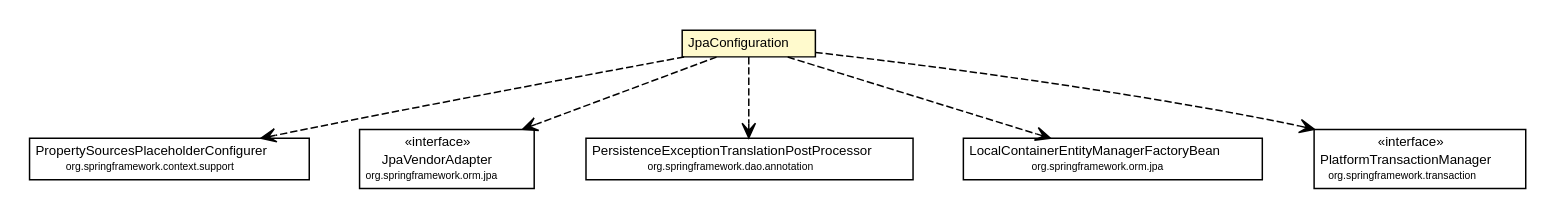
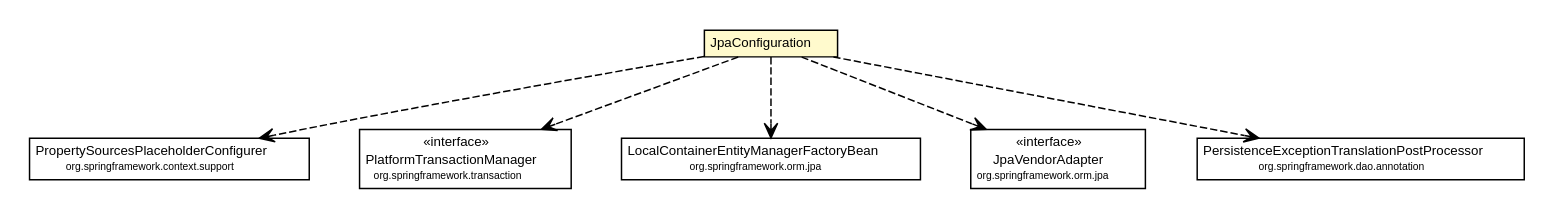
The diagram in docs/javadoc/apidocs/net/ljcomputing/sr/config/JpaConfiguration.dot (willmorejg/net.ljcomputing.status-reporter), drawn with Graphviz before and after one commit. The commit also changed 207 other files, not shown here.

```diff
--- a/docs/javadoc/apidocs/net/ljcomputing/sr/config/JpaConfiguration.dot
+++ b/docs/javadoc/apidocs/net/ljcomputing/sr/config/JpaConfiguration.dot
@@ -1,65 +1,65 @@
 #!/usr/local/bin/dot
 #
 # Class diagram 
 # Generated by UMLGraph version R5_6-24-gf6e263 (http://www.umlgraph.org/)
 #
 
 digraph G {
 	edge [fontname="Helvetica",fontsize=10,labelfontname="Helvetica",labelfontsize=10];
 	node [fontname="Helvetica",fontsize=10,shape=plaintext];
 	nodesep=0.25;
 	ranksep=0.5;
 	// net.ljcomputing.sr.config.JpaConfiguration
 	c2126 [label=<<table title="net.ljcomputing.sr.config.JpaConfiguration" border="0" cellborder="1" cellspacing="0" cellpadding="2" port="p" bgcolor="lemonChiffon" href="./JpaConfiguration.html">
 		<tr><td><table border="0" cellspacing="0" cellpadding="1">
 <tr><td align="center" balign="center"> JpaConfiguration </td></tr>
 		</table></td></tr>
 		</table>>, URL="./JpaConfiguration.html", fontname="Helvetica", fontcolor="black", fontsize=9.0];
 	// net.ljcomputing.sr.config.JpaConfiguration DEPEND org.springframework.context.support.PropertySourcesPlaceholderConfigurer
 	c2126:p -> c2138:p [taillabel="", label="", headlabel="", fontname="Helvetica", fontcolor="black", fontsize=10.0, color="black", arrowhead=open, style=dashed];
+	// net.ljcomputing.sr.config.JpaConfiguration DEPEND org.springframework.transaction.PlatformTransactionManager
+	c2126:p -> c2139:p [taillabel="", label="", headlabel="", fontname="Helvetica", fontcolor="black", fontsize=10.0, color="black", arrowhead=open, style=dashed];
+	// net.ljcomputing.sr.config.JpaConfiguration DEPEND org.springframework.orm.jpa.LocalContainerEntityManagerFactoryBean
+	c2126:p -> c2151:p [taillabel="", label="", headlabel="", fontname="Helvetica", fontcolor="black", fontsize=10.0, color="black", arrowhead=open, style=dashed];
 	// net.ljcomputing.sr.config.JpaConfiguration DEPEND org.springframework.orm.jpa.JpaVendorAdapter
-	c2126:p -> c2140:p [taillabel="", label="", headlabel="", fontname="Helvetica", fontcolor="black", fontsize=10.0, color="black", arrowhead=open, style=dashed];
+	c2126:p -> c2153:p [taillabel="", label="", headlabel="", fontname="Helvetica", fontcolor="black", fontsize=10.0, color="black", arrowhead=open, style=dashed];
 	// net.ljcomputing.sr.config.JpaConfiguration DEPEND org.springframework.dao.annotation.PersistenceExceptionTranslationPostProcessor
-	c2126:p -> c2144:p [taillabel="", label="", headlabel="", fontname="Helvetica", fontcolor="black", fontsize=10.0, color="black", arrowhead=open, style=dashed];
-	// net.ljcomputing.sr.config.JpaConfiguration DEPEND org.springframework.orm.jpa.LocalContainerEntityManagerFactoryBean
-	c2126:p -> c2156:p [taillabel="", label="", headlabel="", fontname="Helvetica", fontcolor="black", fontsize=10.0, color="black", arrowhead=open, style=dashed];
-	// net.ljcomputing.sr.config.JpaConfiguration DEPEND org.springframework.transaction.PlatformTransactionManager
 	c2126:p -> c2157:p [taillabel="", label="", headlabel="", fontname="Helvetica", fontcolor="black", fontsize=10.0, color="black", arrowhead=open, style=dashed];
 	// org.springframework.orm.jpa.JpaVendorAdapter
-	c2140 [label=<<table title="org.springframework.orm.jpa.JpaVendorAdapter" border="0" cellborder="1" cellspacing="0" cellpadding="2" port="p">
+	c2153 [label=<<table title="org.springframework.orm.jpa.JpaVendorAdapter" border="0" cellborder="1" cellspacing="0" cellpadding="2" port="p">
 		<tr><td><table border="0" cellspacing="0" cellpadding="1">
 <tr><td align="center" balign="center"> &#171;interface&#187; </td></tr>
 <tr><td align="center" balign="center"> JpaVendorAdapter </td></tr>
 <tr><td align="center" balign="center"><font point-size="7.0"> org.springframework.orm.jpa </font></td></tr>
 		</table></td></tr>
 		</table>>, URL="null", fontname="Helvetica", fontcolor="black", fontsize=9.0];
 	// org.springframework.transaction.PlatformTransactionManager
-	c2157 [label=<<table title="org.springframework.transaction.PlatformTransactionManager" border="0" cellborder="1" cellspacing="0" cellpadding="2" port="p">
+	c2139 [label=<<table title="org.springframework.transaction.PlatformTransactionManager" border="0" cellborder="1" cellspacing="0" cellpadding="2" port="p">
 		<tr><td><table border="0" cellspacing="0" cellpadding="1">
 <tr><td align="center" balign="center"> &#171;interface&#187; </td></tr>
 <tr><td align="center" balign="center"> PlatformTransactionManager </td></tr>
 <tr><td align="center" balign="center"><font point-size="7.0"> org.springframework.transaction </font></td></tr>
 		</table></td></tr>
 		</table>>, URL="null", fontname="Helvetica", fontcolor="black", fontsize=9.0];
 	// org.springframework.dao.annotation.PersistenceExceptionTranslationPostProcessor
-	c2144 [label=<<table title="org.springframework.dao.annotation.PersistenceExceptionTranslationPostProcessor" border="0" cellborder="1" cellspacing="0" cellpadding="2" port="p">
+	c2157 [label=<<table title="org.springframework.dao.annotation.PersistenceExceptionTranslationPostProcessor" border="0" cellborder="1" cellspacing="0" cellpadding="2" port="p">
 		<tr><td><table border="0" cellspacing="0" cellpadding="1">
 <tr><td align="center" balign="center"> PersistenceExceptionTranslationPostProcessor </td></tr>
 <tr><td align="center" balign="center"><font point-size="7.0"> org.springframework.dao.annotation </font></td></tr>
 		</table></td></tr>
 		</table>>, URL="null", fontname="Helvetica", fontcolor="black", fontsize=9.0];
 	// org.springframework.context.support.PropertySourcesPlaceholderConfigurer
 	c2138 [label=<<table title="org.springframework.context.support.PropertySourcesPlaceholderConfigurer" border="0" cellborder="1" cellspacing="0" cellpadding="2" port="p">
 		<tr><td><table border="0" cellspacing="0" cellpadding="1">
 <tr><td align="center" balign="center"> PropertySourcesPlaceholderConfigurer </td></tr>
 <tr><td align="center" balign="center"><font point-size="7.0"> org.springframework.context.support </font></td></tr>
 		</table></td></tr>
 		</table>>, URL="null", fontname="Helvetica", fontcolor="black", fontsize=9.0];
 	// org.springframework.orm.jpa.LocalContainerEntityManagerFactoryBean
-	c2156 [label=<<table title="org.springframework.orm.jpa.LocalContainerEntityManagerFactoryBean" border="0" cellborder="1" cellspacing="0" cellpadding="2" port="p">
+	c2151 [label=<<table title="org.springframework.orm.jpa.LocalContainerEntityManagerFactoryBean" border="0" cellborder="1" cellspacing="0" cellpadding="2" port="p">
 		<tr><td><table border="0" cellspacing="0" cellpadding="1">
 <tr><td align="center" balign="center"> LocalContainerEntityManagerFactoryBean </td></tr>
 <tr><td align="center" balign="center"><font point-size="7.0"> org.springframework.orm.jpa </font></td></tr>
 		</table></td></tr>
 		</table>>, URL="null", fontname="Helvetica", fontcolor="black", fontsize=9.0];
 }
```
